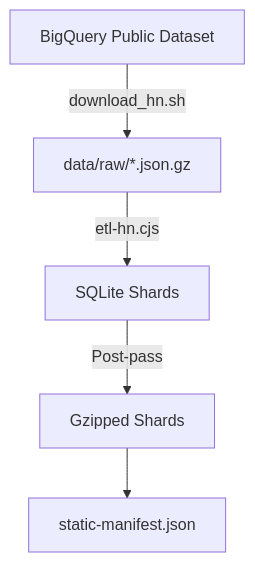
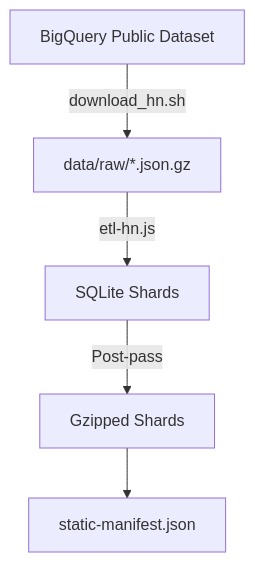
One commit to DOSAYGO-STUDIO/static-news changed the first of 2 diagrams in README.md. Above: the diagram before and after it, drawn with Mermaid. The commit also changed other lines of this file and 3 other files, not shown here.

````diff
--- a/README.md
+++ b/README.md
@@ -192,7 +192,7 @@
 ```mermaid
 graph TD
   BQ[BigQuery Public Dataset] -->|download_hn.sh| Raw[data/raw/*.json.gz]
-  Raw -->|etl-hn.cjs| Shards[SQLite Shards]
+  Raw -->|etl-hn.js| Shards[SQLite Shards]
   Shards -->|Post-pass| GzShards[Gzipped Shards]
   GzShards --> Manifest[static-manifest.json]
 ```
````
